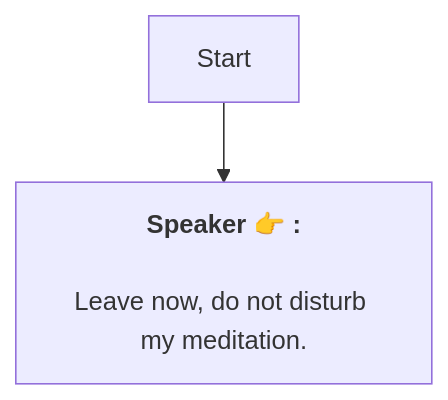
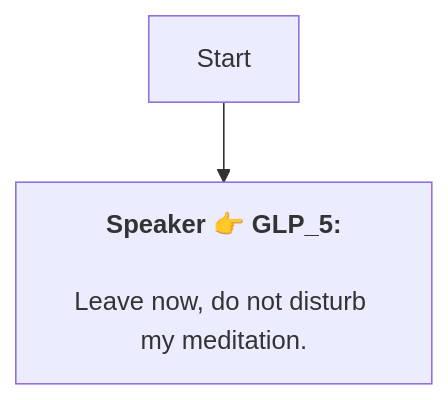
The diagram in En/GLP_common.md (SoftHu/tos_avg), drawn with Mermaid before and after one commit. The commit also changed 410 other files, not shown here.

````diff
--- a/En/GLP_common.md
+++ b/En/GLP_common.md
@@ -1,6 +1,6 @@
 ```mermaid
 graph
-Start -->1719954746922015[<b>Speaker 👉 :</b>
+Start -->1719954746922015[<b>Speaker 👉 GLP_5:</b>
 \nLeave now, do not disturb my meditation.]
 
 ```
````
